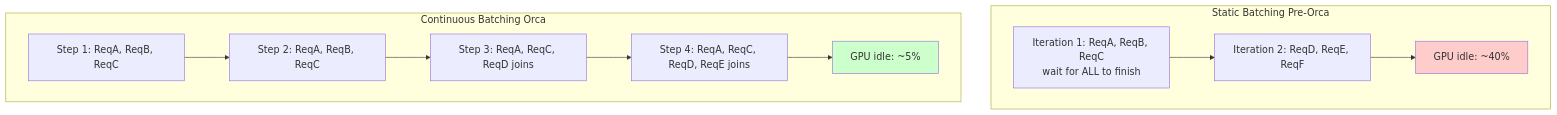
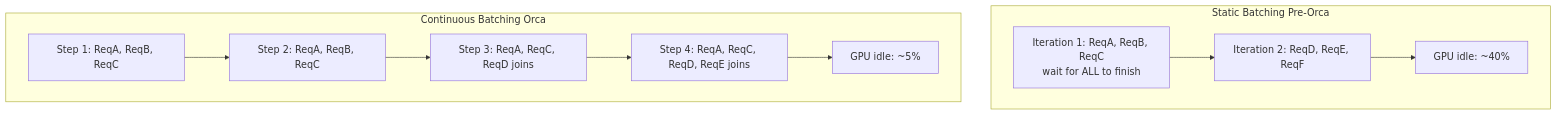
One commit to farhanshaikh-fslabs/anatomy-of-inference-serving changed diagram 30 of 39 in README.md. Above: the diagram before and after it, drawn with Mermaid. The commit also changed other lines of this file, not shown here.

````diff
--- a/README.md
+++ b/README.md
@@ -1358,23 +1358,23 @@
 ```mermaid
 graph TB
     subgraph Static["Static Batching Pre-Orca"]
         I1["Iteration 1: ReqA, ReqB, ReqC<br/>wait for ALL to finish"]
         I2["Iteration 2: ReqD, ReqE, ReqF"]
         Idle1["GPU idle: ~40%"]
         
         I1 --> I2 --> Idle1
     end
     
     subgraph Continuous["Continuous Batching Orca"]
         S1["Step 1: ReqA, ReqB, ReqC"]
         S2["Step 2: ReqA, ReqB, ReqC"]
         S3["Step 3: ReqA, ReqC, ReqD joins"]
         S4["Step 4: ReqA, ReqC, ReqD, ReqE joins"]
         Idle2["GPU idle: ~5%"]
         
         S1 --> S2 --> S3 --> S4 --> Idle2
     end
     
-    style Idle1 fill:#ffcccc
-    style Idle2 fill:#ccffcc
+
+
 ```
````
